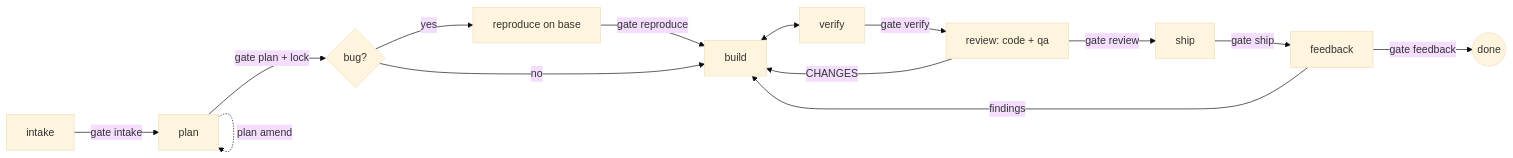
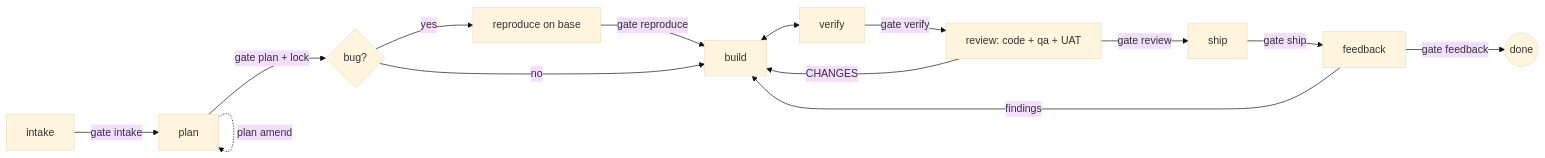
Before and after one commit to iwilldotdev/dev.factory: the first of 2 diagrams in README.md, drawn with Mermaid (base theme). The commit also changed other lines of this file and 2 other files, not shown here.

````diff
--- a/README.md
+++ b/README.md
@@ -29,16 +29,16 @@
 ```mermaid
 flowchart LR
   I[intake] -->|gate intake| P[plan]
   P -->|gate plan + lock| R{bug?}
   R -- yes --> RE[reproduce on base]
   R -- no --> B
   RE -->|gate reproduce| B[build]
   B <--> V[verify]
-  V -->|gate verify| RV[review: code + qa]
+  V -->|gate verify| RV[review: code + qa + UAT]
   RV -->|CHANGES| B
   RV -->|gate review| S[ship]
   S -->|gate ship| F[feedback]
   F -->|findings| B
   F -->|gate feedback| D((done))
   P -. plan amend .-> P
 ```
````
